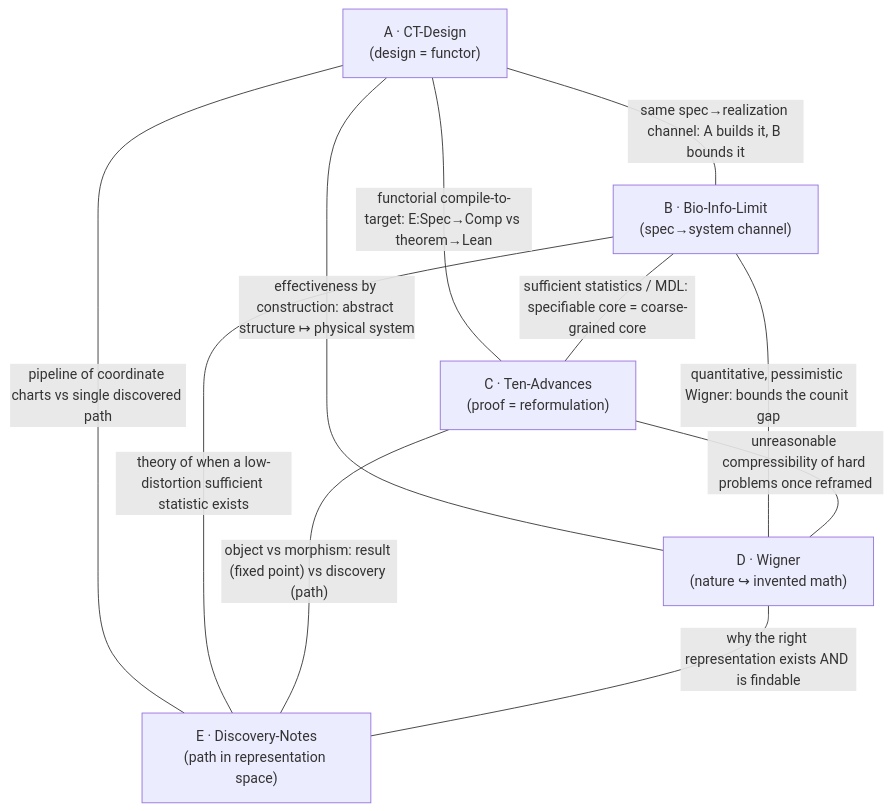
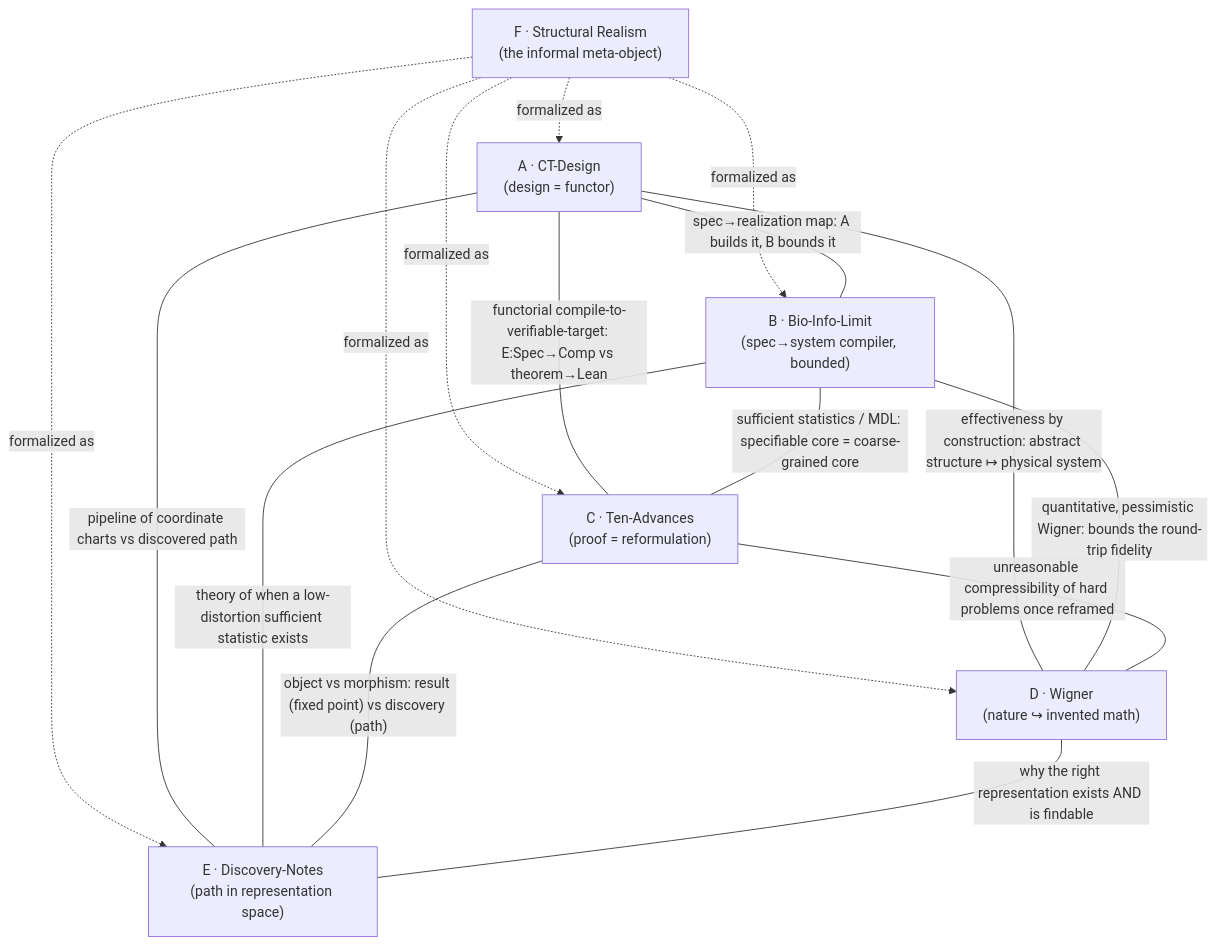
Before and after one commit to jawauntb/research-derived-experiments: the diagram in notes/latent_structures_meta_framework.md, drawn with Mermaid. The commit also changed other lines of this file and 2 other files, not shown here.

````diff
--- a/notes/latent_structures_meta_framework.md
+++ b/notes/latent_structures_meta_framework.md
@@ -170,19 +247,26 @@
 ```mermaid
 graph TD
+  F["F · Structural Realism<br/>(the informal meta-object)"]
   A["A · CT-Design<br/>(design = functor)"]
-  B["B · Bio-Info-Limit<br/>(spec→system channel)"]
+  B["B · Bio-Info-Limit<br/>(spec→system compiler, bounded)"]
   C["C · Ten-Advances<br/>(proof = reformulation)"]
   D["D · Wigner<br/>(nature ↪ invented math)"]
   E["E · Discovery-Notes<br/>(path in representation space)"]
 
-  A ---|"same spec→realization channel: A builds it, B bounds it"| B
-  A ---|"functorial compile-to-target: E:Spec→Comp vs theorem→Lean"| C
+  F -.formalized as.-> A
+  F -.formalized as.-> B
+  F -.formalized as.-> C
+  F -.formalized as.-> D
+  F -.formalized as.-> E
+
+  A ---|"spec→realization map: A builds it, B bounds it"| B
+  A ---|"functorial compile-to-verifiable-target: E:Spec→Comp vs theorem→Lean"| C
   A ---|"effectiveness by construction: abstract structure ↦ physical system"| D
-  A ---|"pipeline of coordinate charts vs single discovered path"| E
+  A ---|"pipeline of coordinate charts vs discovered path"| E
   B ---|"sufficient statistics / MDL: specifiable core = coarse-grained core"| C
-  B ---|"quantitative, pessimistic Wigner: bounds the counit gap"| D
+  B ---|"quantitative, pessimistic Wigner: bounds the round-trip fidelity"| D
   B ---|"theory of when a low-distortion sufficient statistic exists"| E
   C ---|"object vs morphism: result (fixed point) vs discovery (path)"| E
   C ---|"unreasonable compressibility of hard problems once reframed"| D
   D ---|"why the right representation exists AND is findable"| E
 ```
````
